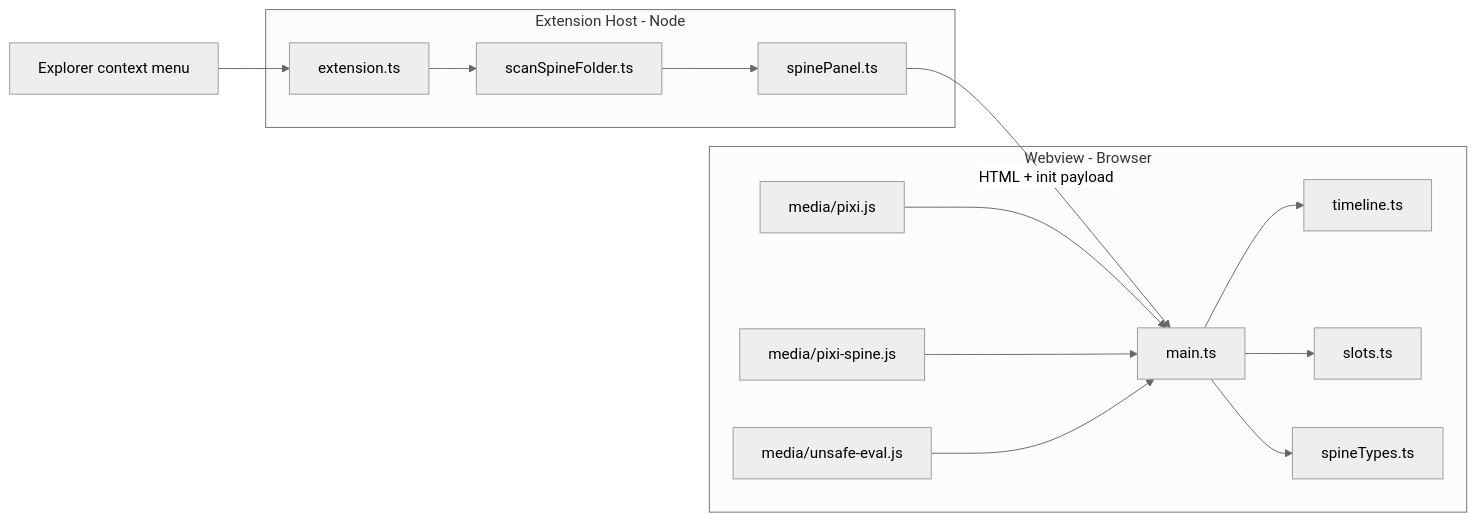
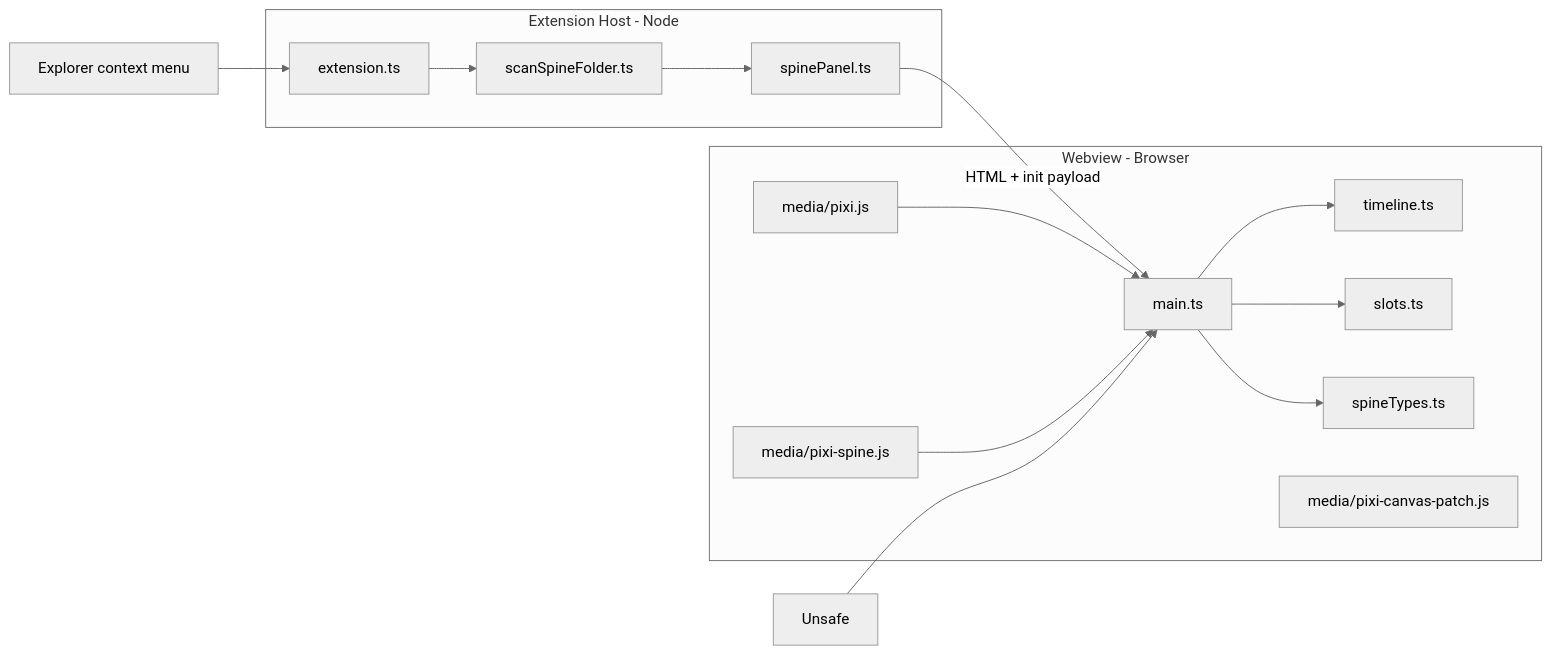
Before and after one commit to saents/spine-inspector: the first of 3 diagrams in README.md, drawn with Mermaid (neutral theme). The commit also changed other lines of this file and 5 other files, not shown here.

````diff
--- a/README.md
+++ b/README.md
@@ -48,29 +48,29 @@
 ```mermaid
 flowchart LR
   subgraph host [Extension Host - Node]
     Ext[extension.ts]
     Scan[scanSpineFolder.ts]
     Panel[spinePanel.ts]
   end
 
   subgraph webview [Webview - Browser]
     Main[main.ts]
     Timeline[timeline.ts]
     Slots[slots.ts]
     Types[spineTypes.ts]
     Pixi[media/pixi.js]
     SpineRT[media/pixi-spine.js]
-    Unsafe[media/unsafe-eval.js]
+    Patch[media/pixi-canvas-patch.js]
   end
 
   Menu[Explorer context menu] --> Ext
   Ext --> Scan
   Scan --> Panel
   Panel -->|HTML + init payload| Main
   Main --> Timeline
   Main --> Slots
   Main --> Types
   Pixi --> Main
   SpineRT --> Main
   Unsafe --> Main
 ```
````
